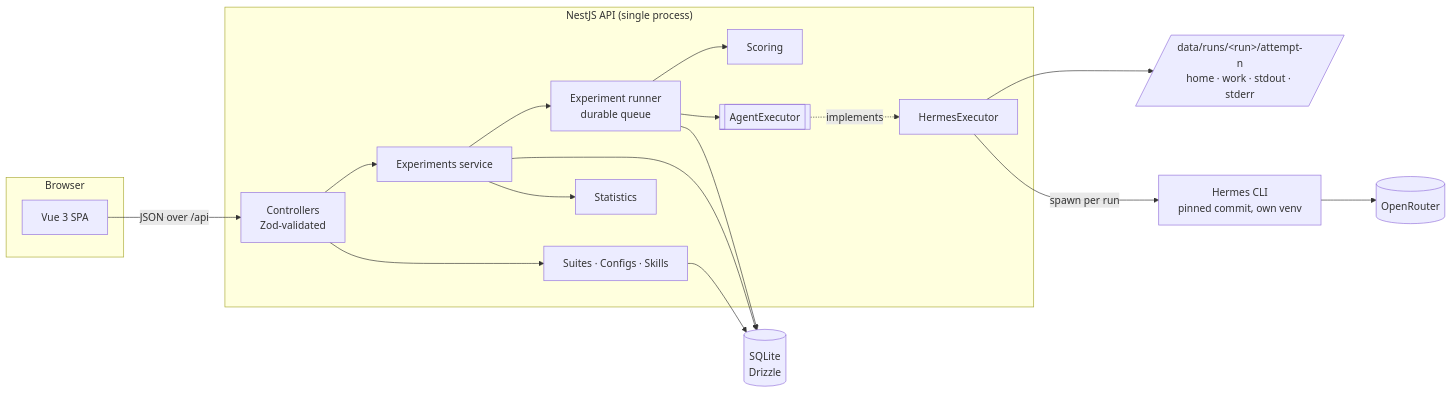
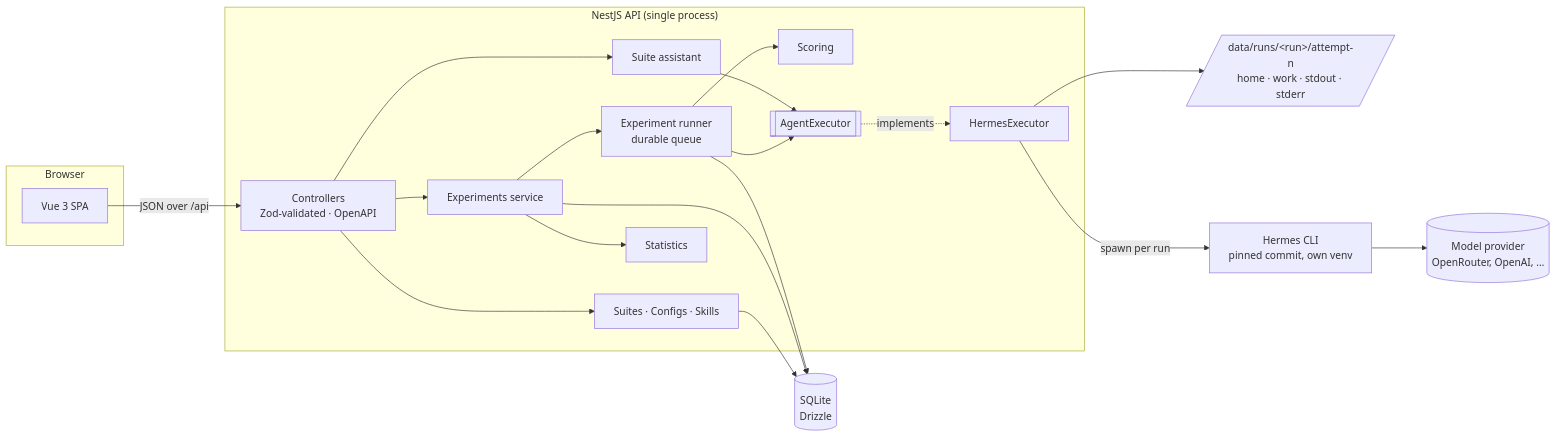
Before and after one commit to SahilChoudhary22/higheval: the first of 2 diagrams in docs/design.md, drawn with Mermaid. The commit also changed other lines of this file and 5 other files, not shown here.

First line of the commit message:
docs: production README, and document the API and the suite assistant

````diff
--- a/docs/design.md
+++ b/docs/design.md
@@ -9,32 +9,34 @@
 ```mermaid
 flowchart LR
   subgraph Browser
     W[Vue 3 SPA]
   end
   subgraph API["NestJS API (single process)"]
-    C[Controllers<br/>Zod-validated]
+    C[Controllers<br/>Zod-validated · OpenAPI]
     S[Suites · Configs · Skills]
+    A[Suite assistant]
     X[Experiments service]
     R[Experiment runner<br/>durable queue]
     SC[Scoring]
     ST[Statistics]
     E[[AgentExecutor]]
     H[HermesExecutor]
   end
   DB[(SQLite<br/>Drizzle)]
   FS[/data/runs/&lt;run&gt;/attempt-n<br/>home · work · stdout · stderr/]
   HM[Hermes CLI<br/>pinned commit, own venv]
-  OR[(OpenRouter)]
+  OR[(Model provider<br/>OpenRouter, OpenAI, …)]
 
   W -- JSON over /api --> C
-  C --> S & X
+  C --> S & X & A
   X --> R
   R --> E
+  A --> E
   E -.implements.-> H
   H -- spawn per run --> HM
   HM --> OR
   H --> FS
   R --> SC
   X --> ST
   S & X & R --> DB
 ```
````
